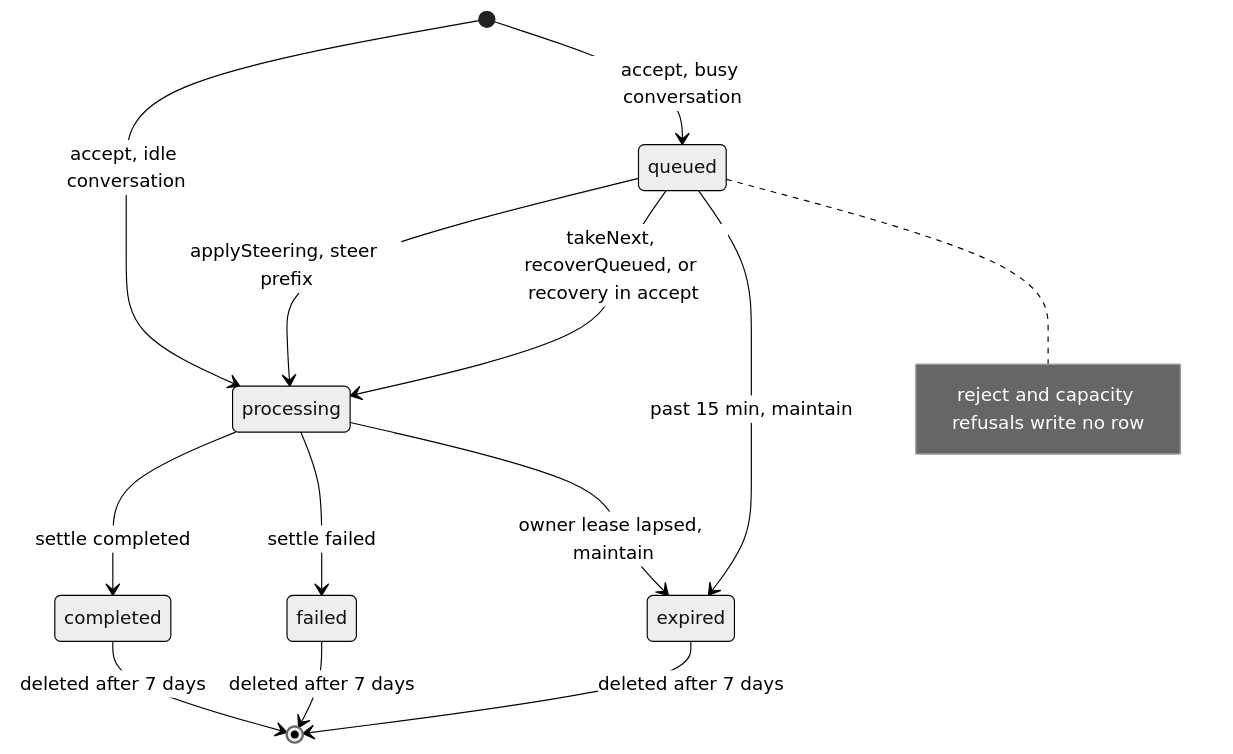
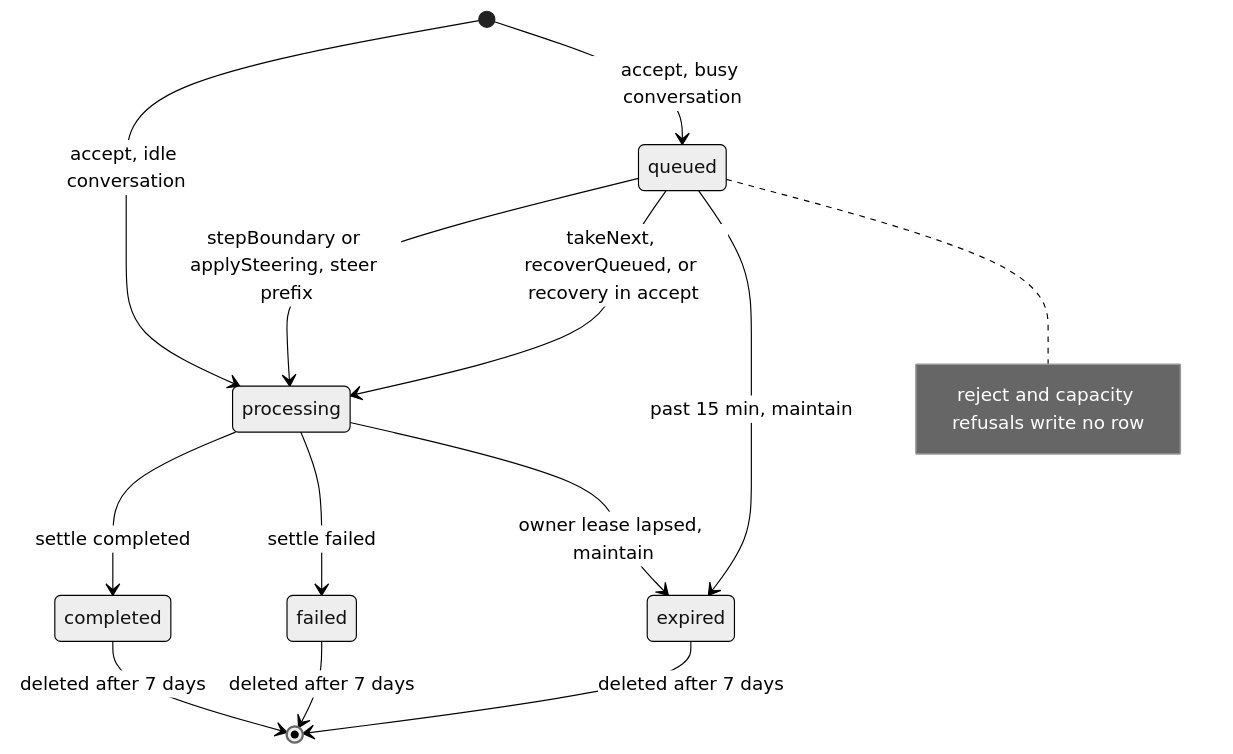
One commit to beeblastco/broods changed the third of 4 diagrams in apps/docs/docs/internals/queue-and-steer.md. Above: the diagram before and after it, drawn with Mermaid (neutral theme). The commit also changed other lines of this file and 8 other files, not shown here.

````diff
--- a/apps/docs/docs/internals/queue-and-steer.md
+++ b/apps/docs/docs/internals/queue-and-steer.md
@@ -127,15 +127,15 @@
 ```mermaid
 stateDiagram-v2
   [*] --> processing: accept, idle conversation
   [*] --> queued: accept, busy conversation
-  queued --> processing: applySteering, steer prefix
+  queued --> processing: stepBoundary or applySteering, steer prefix
   queued --> processing: takeNext, recoverQueued, or recovery in accept
   queued --> expired: past 15 min, maintain
   processing --> completed: settle completed
   processing --> failed: settle failed
   processing --> expired: owner lease lapsed, maintain
   completed --> [*]: deleted after 7 days
   failed --> [*]: deleted after 7 days
   expired --> [*]: deleted after 7 days
   note right of queued: reject and capacity refusals write no row
 ```
````
